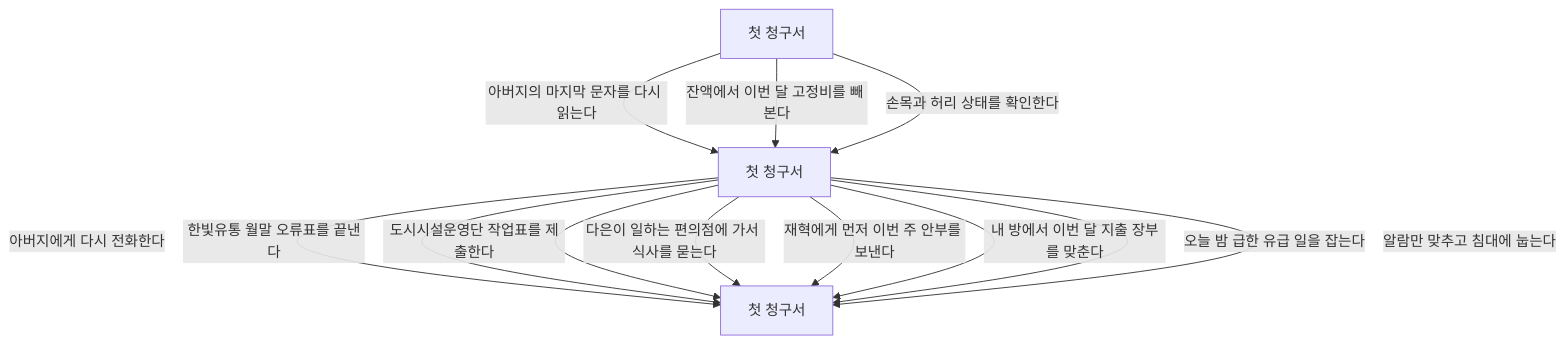
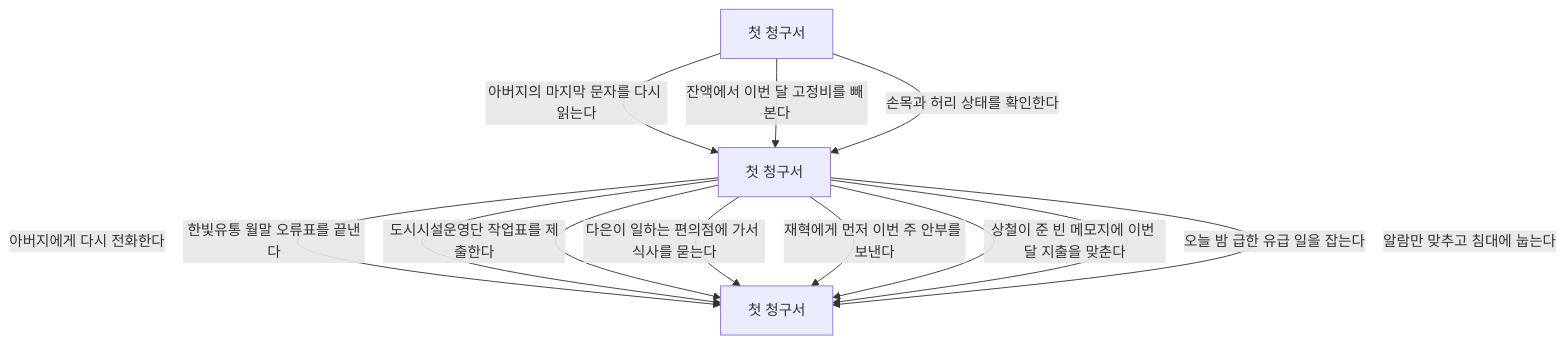
Before and after one commit to junheeleee/GangnamDream: diagram 20 of 42 in docs/STATUS.md, drawn with Mermaid. The commit also changed other lines of this file and 17 other files, not shown here.

````diff
--- a/docs/STATUS.md
+++ b/docs/STATUS.md
@@ -453,17 +456,17 @@
 ```mermaid
 flowchart TD
   v2_demo_first_bill_opening["첫 청구서"]
   v2_demo_first_bill["첫 청구서"]
   v2_demo_first_bill_ledger["첫 청구서"]
   v2_demo_first_bill_opening -->|"아버지의 마지막 문자를 다시 읽는다"| v2_demo_first_bill
   v2_demo_first_bill_opening -->|"잔액에서 이번 달 고정비를 빼 본다"| v2_demo_first_bill
   v2_demo_first_bill_opening -->|"손목과 허리 상태를 확인한다"| v2_demo_first_bill
   v2_demo_first_bill -->|"아버지에게 다시 전화한다"| v2_demo_first_bill_ledger
   v2_demo_first_bill -->|"한빛유통 월말 오류표를 끝낸다"| v2_demo_first_bill_ledger
   v2_demo_first_bill -->|"도시시설운영단 작업표를 제출한다"| v2_demo_first_bill_ledger
   v2_demo_first_bill -->|"다은이 일하는 편의점에 가서 식사를 묻는다"| v2_demo_first_bill_ledger
   v2_demo_first_bill -->|"재혁에게 먼저 이번 주 안부를 보낸다"| v2_demo_first_bill_ledger
-  v2_demo_first_bill -->|"내 방에서 이번 달 지출 장부를 맞춘다"| v2_demo_first_bill_ledger
+  v2_demo_first_bill -->|"상철이 준 빈 메모지에 이번 달 지출을 맞춘다"| v2_demo_first_bill_ledger
   v2_demo_first_bill -->|"오늘 밤 급한 유급 일을 잡는다"| v2_demo_first_bill_ledger
   v2_demo_first_bill -->|"알람만 맞추고 침대에 눕는다"| v2_demo_first_bill_ledger
 ```
````
